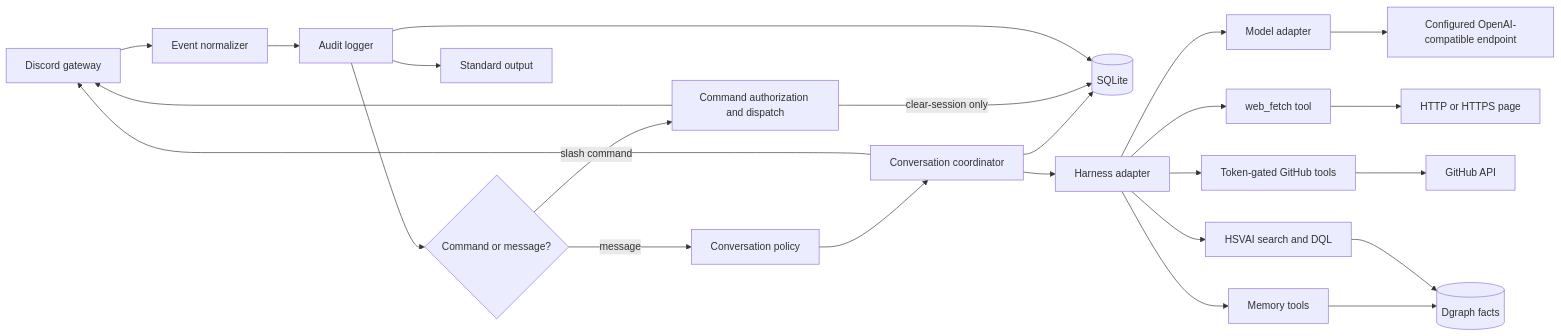
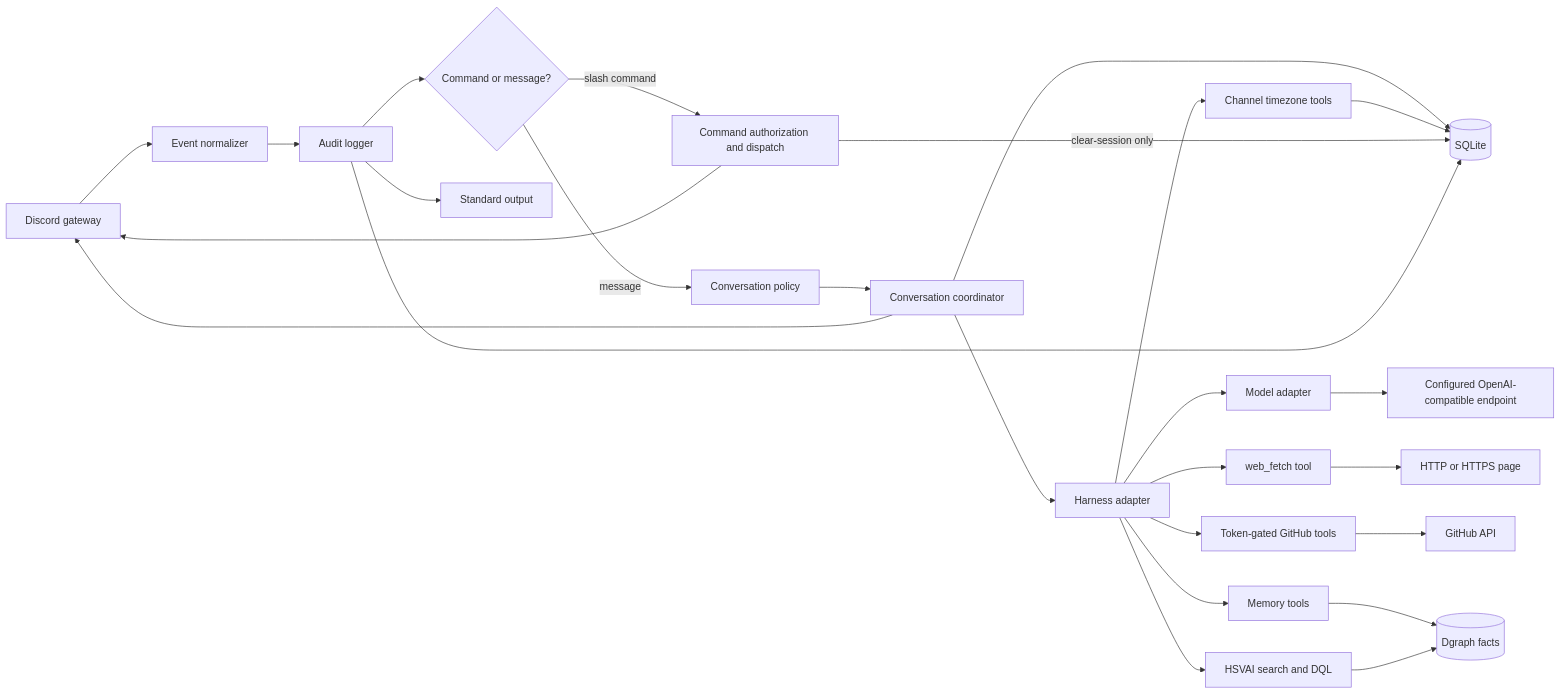
The diagram in design/rebuild-guide.md (HSV-AI/artemis), drawn with Mermaid before and after one commit. The commit also changed other lines of this file and 11 other files, not shown here.

````diff
--- a/design/rebuild-guide.md
+++ b/design/rebuild-guide.md
@@ -43,26 +43,28 @@
 ```mermaid
 flowchart LR
     Discord[Discord gateway] --> Normalize[Event normalizer]
     Normalize --> Audit[Audit logger]
     Audit --> Route{Command or message?}
     Route -->|slash command| Commands[Command authorization and dispatch]
     Route -->|message| Policy[Conversation policy]
     Policy --> Sessions[Conversation coordinator]
     Sessions --> Store[(SQLite)]
     Sessions --> Harness[Harness adapter]
     Harness --> Model[Model adapter]
     Harness --> WebFetch[web_fetch tool]
     Harness --> GitHubTools[Token-gated GitHub tools]
     Harness --> MemoryTools[Memory tools]
+    Harness --> TimezoneTools[Channel timezone tools]
     Harness --> KnowledgeTools[HSVAI search and DQL]
     WebFetch --> Web[HTTP or HTTPS page]
     GitHubTools --> GitHubAPI[GitHub API]
     MemoryTools --> Dgraph[(Dgraph facts)]
     KnowledgeTools --> Dgraph
+    TimezoneTools --> Store
     Model --> Provider[Configured OpenAI-compatible endpoint]
     Commands -- clear-session only --> Store
     Commands --> Discord
     Sessions --> Discord
     Audit --> Console[Standard output]
     Audit --> Store
 ```
````
